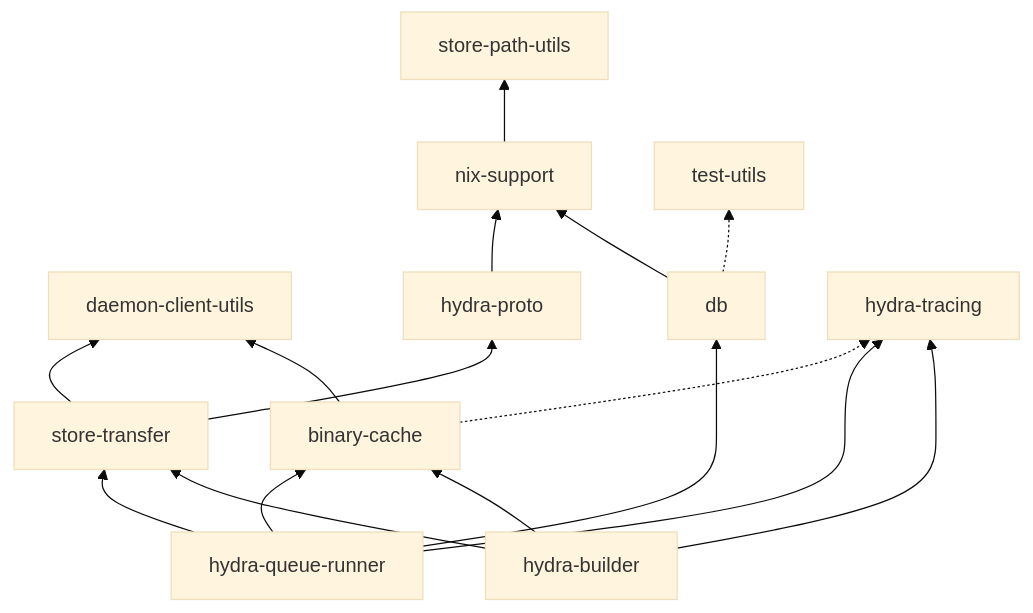
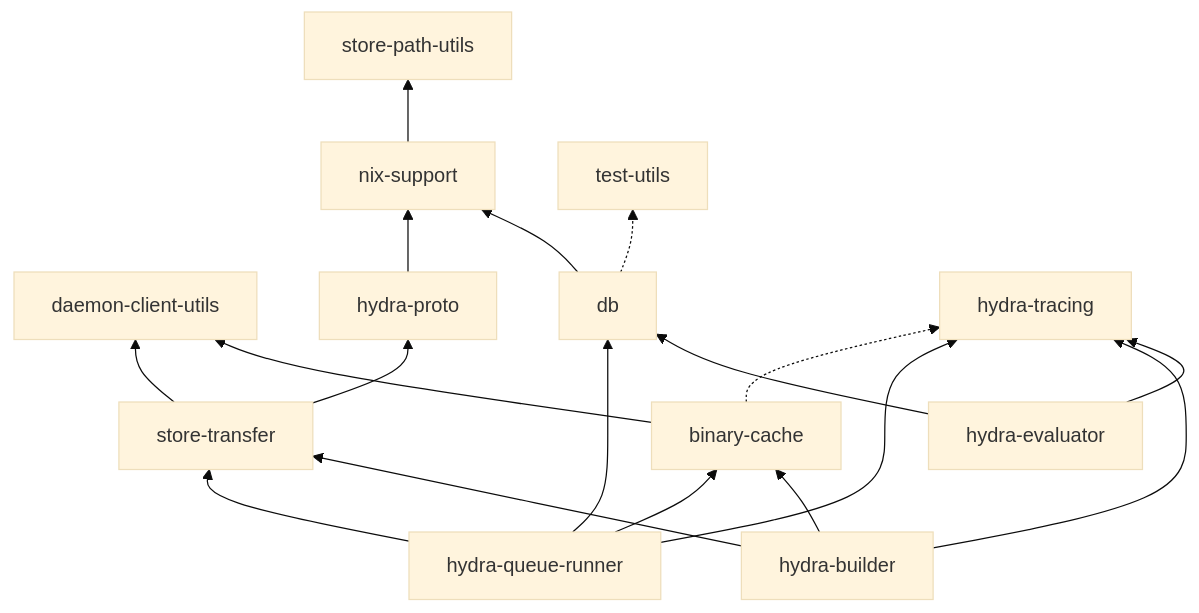
Before and after one commit to NixOS/hydra: the diagram in subprojects/hydra-manual/src/architecture.md, drawn with Mermaid (base theme). The commit also changed other lines of this file and 31 other files, not shown here.

First line of the commit message:
hydra-evaluator: Rewrite in Rust

````diff
--- a/subprojects/hydra-manual/src/architecture.md
+++ b/subprojects/hydra-manual/src/architecture.md
@@ -62,18 +62,20 @@
 ```mermaid
 graph BT
     binary-cache --> daemon-client-utils
     nix-support --> store-path-utils
     db --> nix-support
     hydra-proto --> nix-support
+    hydra-evaluator --> db
+    hydra-evaluator --> hydra-tracing
     store-transfer --> daemon-client-utils
     store-transfer --> hydra-proto
     hydra-builder --> binary-cache
     hydra-builder --> hydra-tracing
     hydra-builder --> store-transfer
     hydra-queue-runner --> binary-cache
     hydra-queue-runner --> db
     hydra-queue-runner --> hydra-tracing
     hydra-queue-runner --> store-transfer
     binary-cache -.-> hydra-tracing
     db -.-> test-utils
 ```
````
